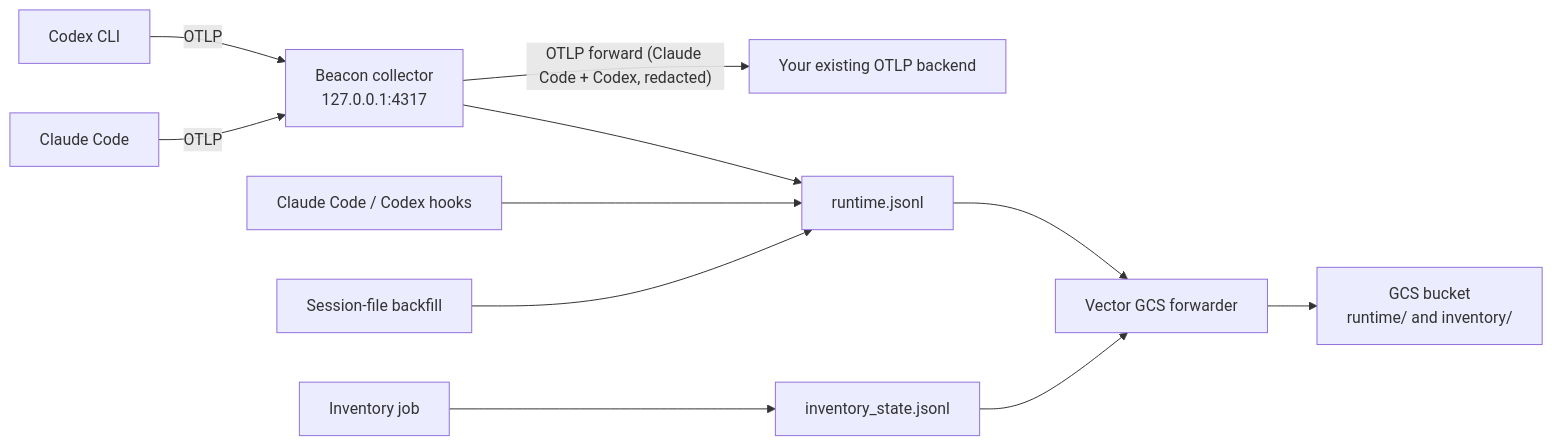
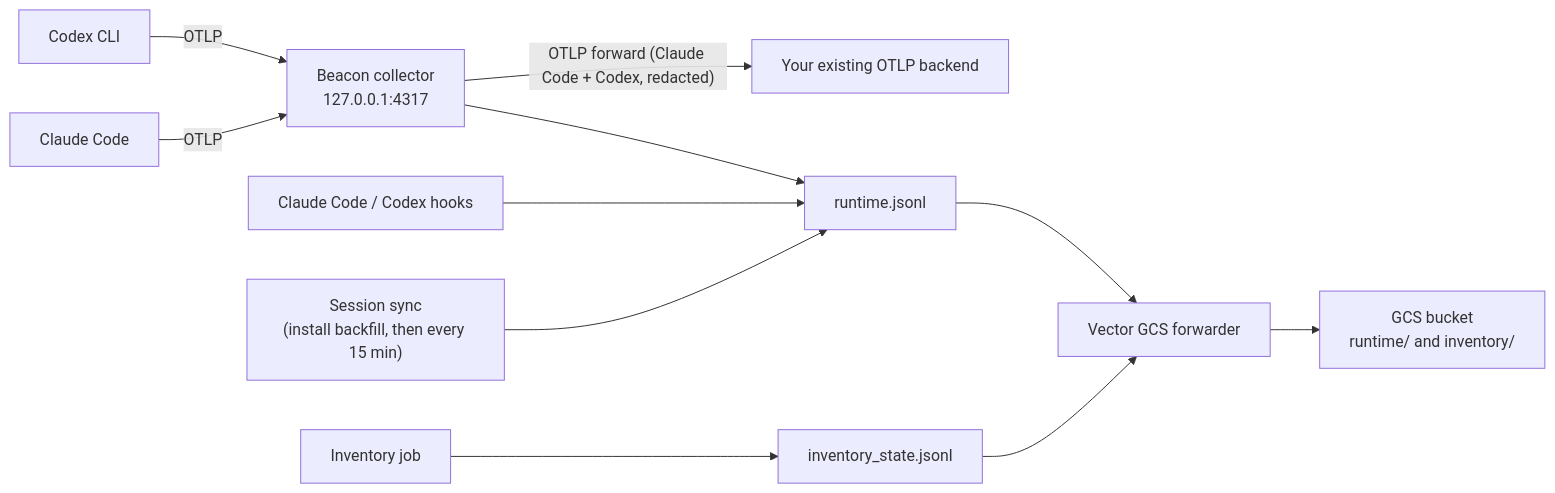
The diagram in docs/guides/kandji-otlp-forward-mdm.mdx (Asymptote-Labs/agent-beacon), drawn with Mermaid before and after one commit. The commit also changed other lines of this file and 47 other files, not shown here.

First line of the commit message:
Add an opt-in scheduled session-sync job (#1158)

````diff
--- a/docs/guides/kandji-otlp-forward-mdm.mdx
+++ b/docs/guides/kandji-otlp-forward-mdm.mdx
@@ -12,13 +12,13 @@
 ```mermaid
 flowchart LR
   Claude[Claude Code] -->|OTLP| Collector["Beacon collector<br/>127.0.0.1:4317"]
   Codex[Codex CLI] -->|OTLP| Collector
   Hooks[Claude Code / Codex hooks] --> RuntimeLog["runtime.jsonl"]
-  Sync[Session-file backfill] --> RuntimeLog
+  Sync["Session sync<br/>(install backfill, then every 15 min)"] --> RuntimeLog
   Collector --> RuntimeLog
   InventoryJob[Inventory job] --> InventoryLog["inventory_state.jsonl"]
   RuntimeLog --> Vector[Vector GCS forwarder]
   InventoryLog --> Vector
   Vector --> GCS["GCS bucket<br/>runtime/ and inventory/"]
   Collector -->|"OTLP forward (Claude Code + Codex, redacted)"| Backend["Your existing OTLP backend"]
 ```
````
